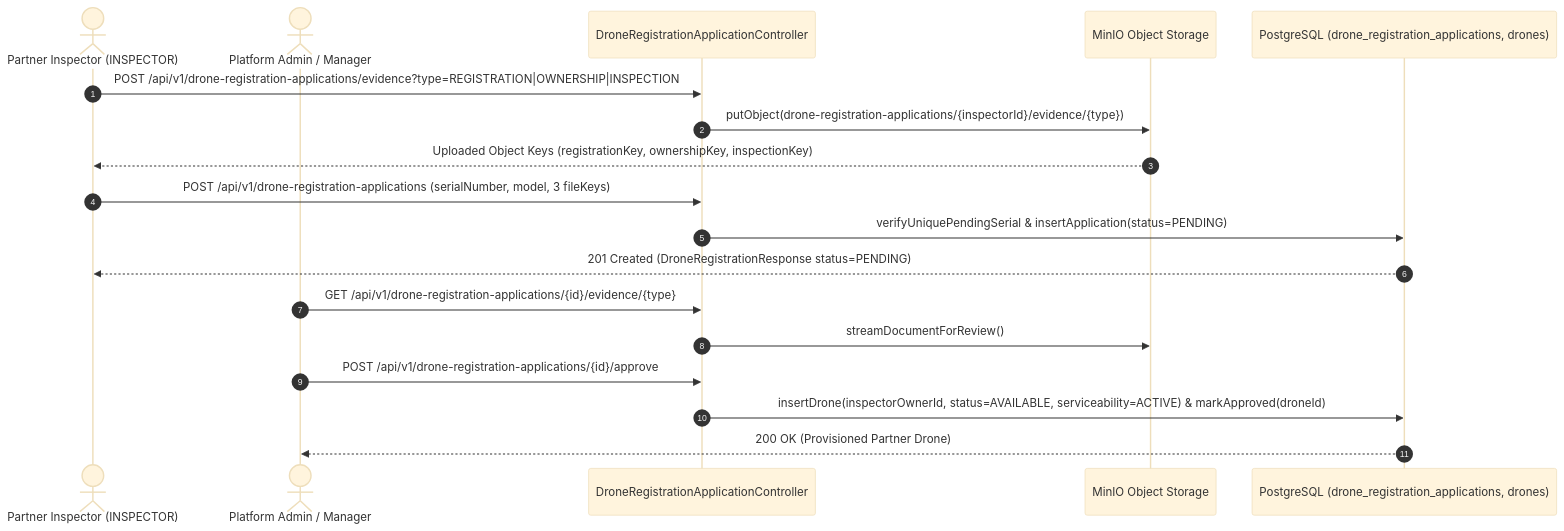
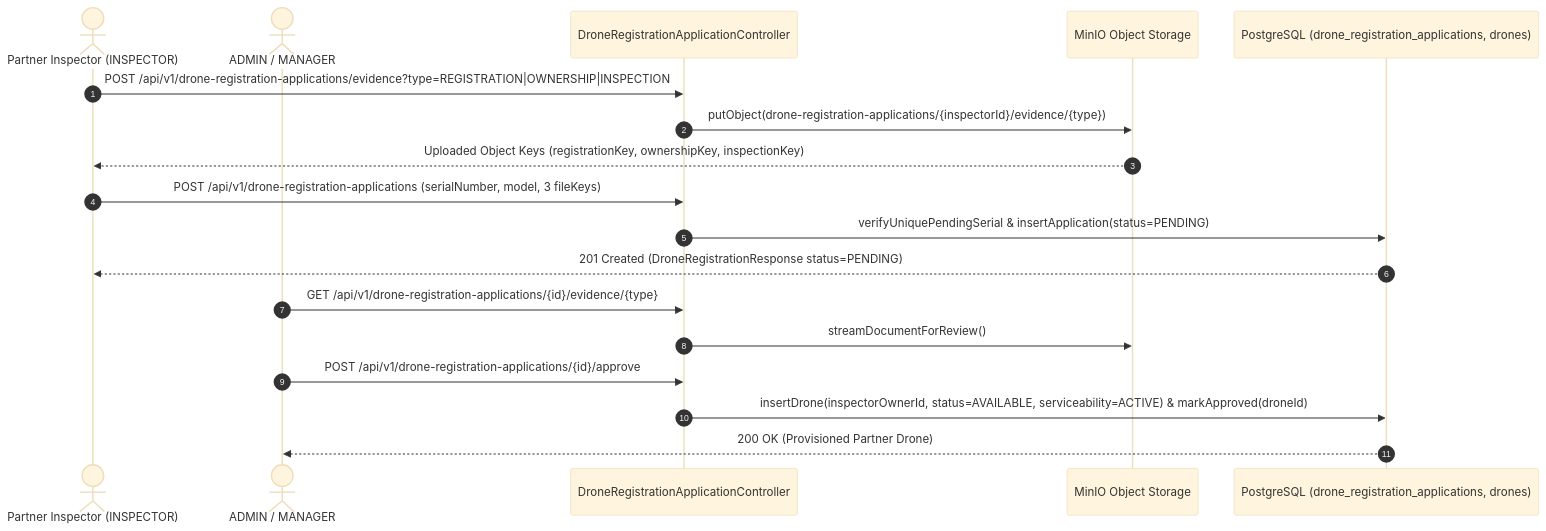
One commit to tungbach12/SmartDroneInspection-Docs changed the fifth of 23 diagrams in reports/report-4-software-design-document/03-detailed-design.md. Above: the diagram before and after it, drawn with Mermaid (base theme). The commit also changed other lines of this file and 30 other files, not shown here.

````diff
--- a/reports/report-4-software-design-document/03-detailed-design.md
+++ b/reports/report-4-software-design-document/03-detailed-design.md
@@ -223,24 +281,24 @@
 ```mermaid
 %% title: Inspector-Owned Drone 3-Document Registration and Review Sequence Diagram
 sequenceDiagram
   autonumber
   actor Insp as Partner Inspector (INSPECTOR)
-  actor Admin as Platform Admin / Manager
+  actor Admin as ADMIN / MANAGER
   participant DroneAppCtrl as DroneRegistrationApplicationController
   participant MinIO as MinIO Object Storage
   participant DB as PostgreSQL (drone_registration_applications, drones)
 
   Insp->>DroneAppCtrl: POST /api/v1/drone-registration-applications/evidence?type=REGISTRATION|OWNERSHIP|INSPECTION
   DroneAppCtrl->>MinIO: putObject(drone-registration-applications/{inspectorId}/evidence/{type})
   MinIO-->>Insp: Uploaded Object Keys (registrationKey, ownershipKey, inspectionKey)
 
   Insp->>DroneAppCtrl: POST /api/v1/drone-registration-applications (serialNumber, model, 3 fileKeys)
   DroneAppCtrl->>DB: verifyUniquePendingSerial & insertApplication(status=PENDING)
   DB-->>Insp: 201 Created (DroneRegistrationResponse status=PENDING)
 
   Admin->>DroneAppCtrl: GET /api/v1/drone-registration-applications/{id}/evidence/{type}
   DroneAppCtrl->>MinIO: streamDocumentForReview()
   Admin->>DroneAppCtrl: POST /api/v1/drone-registration-applications/{id}/approve
   DroneAppCtrl->>DB: insertDrone(inspectorOwnerId, status=AVAILABLE, serviceability=ACTIVE) & markApproved(droneId)
   DB-->>Admin: 200 OK (Provisioned Partner Drone)
 ```
````
